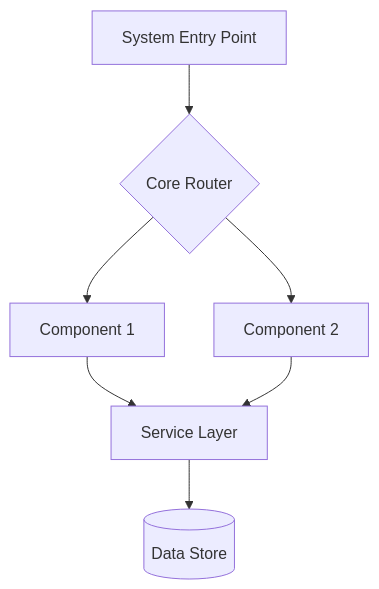
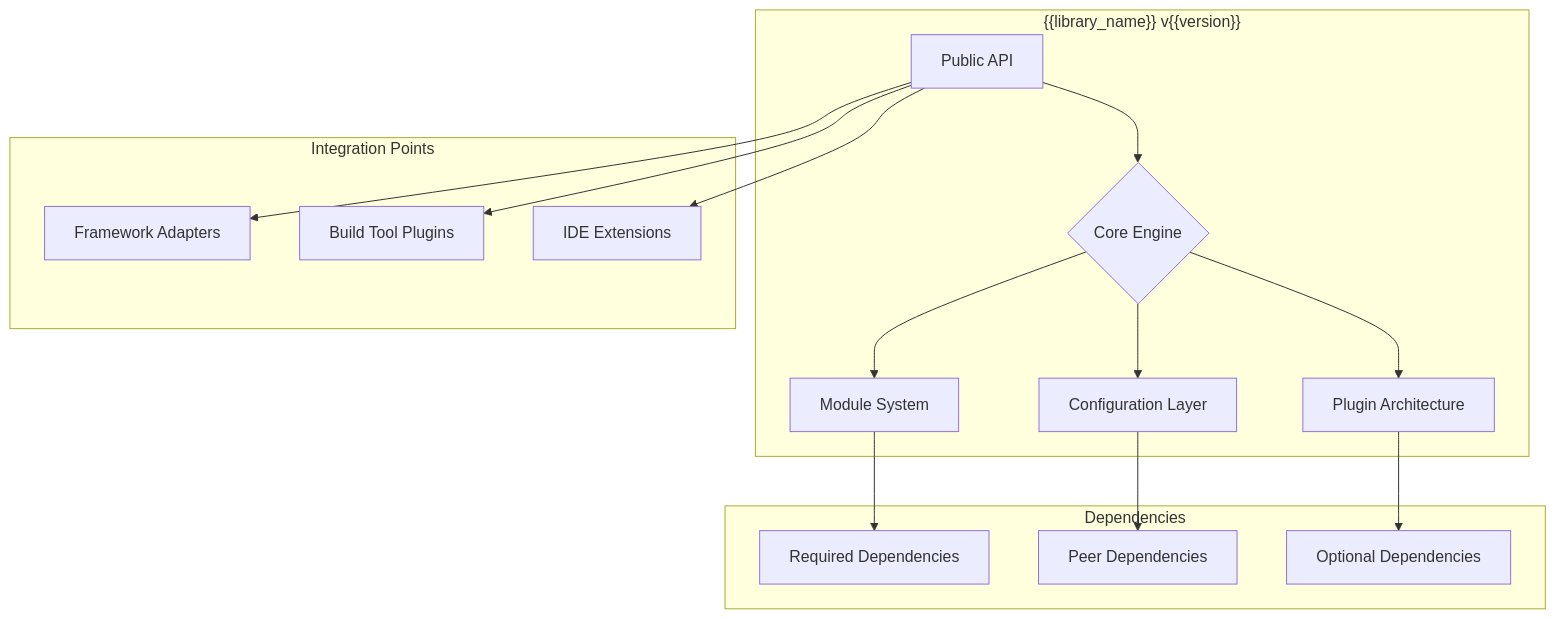
Before and after one commit to xincheng213618/OpenDeepWiki: the first of 5 diagrams in src/KoalaWiki/Prompts/Warehouse/GenerateDocsLibraries.md, drawn with Mermaid. The commit also changed other lines of this file and 31 other files, not shown here.

````diff
--- a/src/KoalaWiki/Prompts/Warehouse/GenerateDocsLibraries.md
+++ b/src/KoalaWiki/Prompts/Warehouse/GenerateDocsLibraries.md
@@ -96,9 +137,28 @@
 ```mermaid
-graph TD
-    A[System Entry Point] --> B{Core Router}
-    B --> C[Component 1]
-    B --> D[Component 2]
-    C --> E[Service Layer]
-    D --> E
-    E --> F[(Data Store)]
+flowchart TB
+    subgraph "{{library_name}} v{{version}}"
+        A[Public API] --> B{Core Engine}
+        B --> C[Module System]
+        B --> D[Configuration Layer]
+        B --> E[Plugin Architecture]
+    end
+    
+    subgraph "Dependencies"
+        F[Required Dependencies]
+        G[Peer Dependencies]
+        H[Optional Dependencies]
+    end
+    
+    subgraph "Integration Points"
+        I[Framework Adapters]
+        J[Build Tool Plugins]
+        K[IDE Extensions]
+    end
+    
+    C --> F
+    D --> G
+    E --> H
+    A --> I
+    A --> J
+    A --> K
 ```
````
